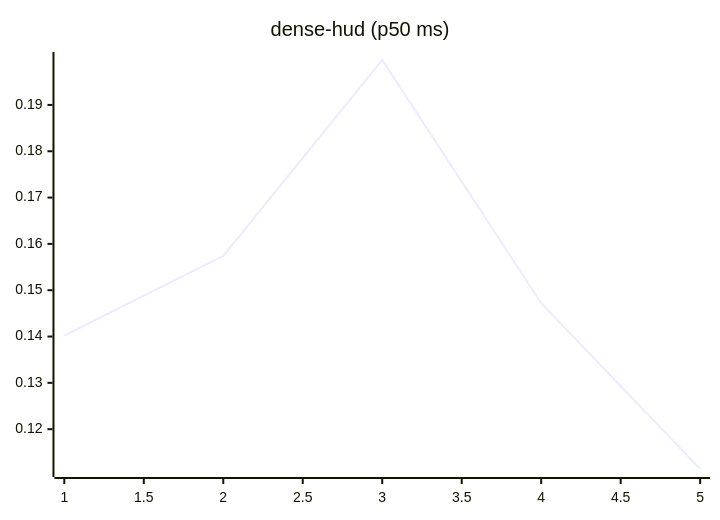
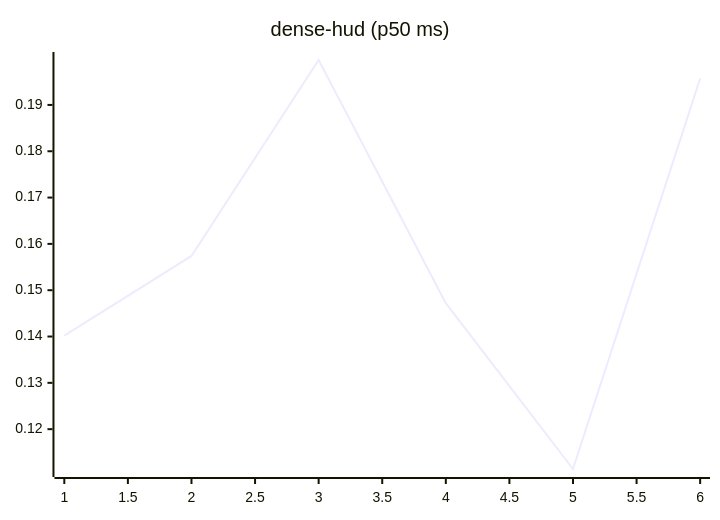
The eighth of 27 diagrams in README.md (josha/Facet), drawn with Mermaid before and after one commit. The commit also changed other lines of this file and 2 other files, not shown here.

````diff
--- a/README.md
+++ b/README.md
@@ -112,6 +112,6 @@
 ```mermaid
 xychart-beta
     title "dense-hud (p50 ms)"
-    x-axis 1 --> 5
-    line [0.1402, 0.1574, 0.1997, 0.1472, 0.1114]
+    x-axis 1 --> 6
+    line [0.1402, 0.1574, 0.1997, 0.1472, 0.1114, 0.1957]
 ```
````
